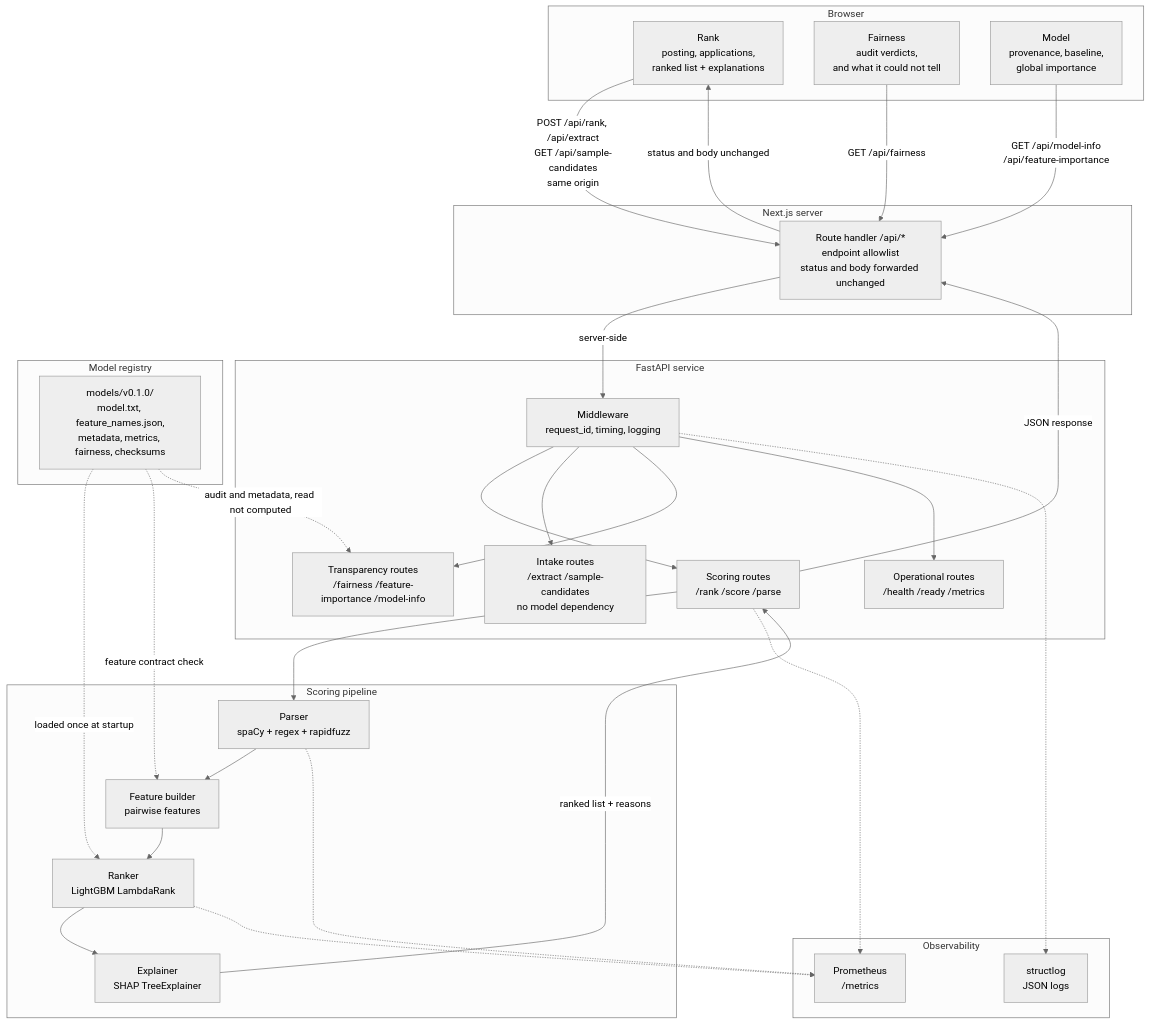
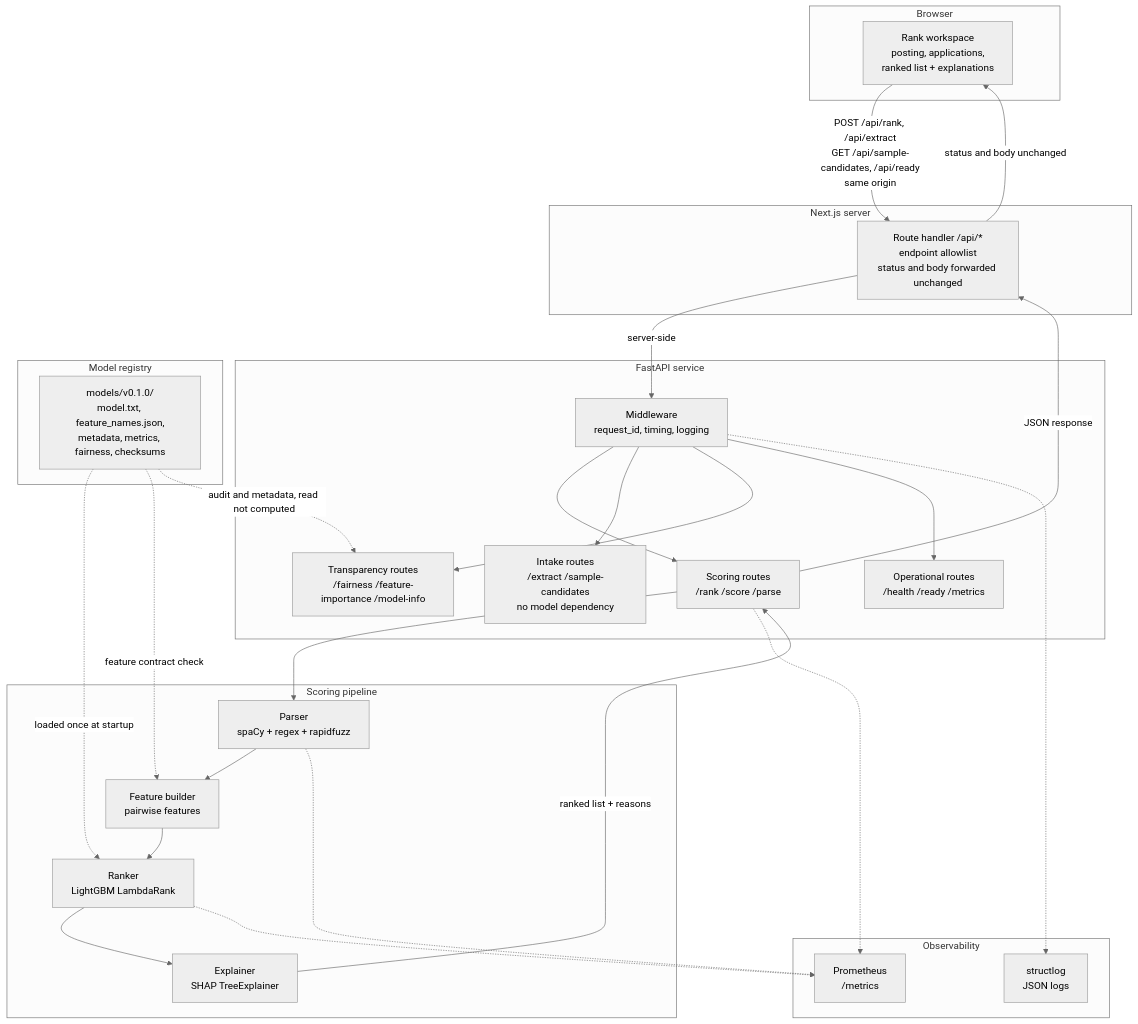
Before and after one commit to Kainatfatima0311/guardmatch-ai: the first of 6 diagrams in docs/architecture.md, drawn with Mermaid (neutral theme). The commit also changed other lines of this file and 17 other files, not shown here.

Commit message:
Remove the Fairness and Model page

````diff
--- a/docs/architecture.md
+++ b/docs/architecture.md
@@ -18,58 +18,54 @@
 ```mermaid
 flowchart TB
     subgraph Browser["Browser"]
-        UI["Rank<br/>posting, applications,<br/>ranked list + explanations"]
-        FAIR["Fairness<br/>audit verdicts,<br/>and what it could not tell"]
-        PROV["Model<br/>provenance, baseline,<br/>global importance"]
+        UI["Rank workspace<br/>posting, applications,<br/>ranked list + explanations"]
     end
 
     subgraph Web["Next.js server"]
         PROXY["Route handler /api/*<br/>endpoint allowlist<br/>status and body forwarded unchanged"]
     end
 
     subgraph API["FastAPI service"]
         MW["Middleware<br/>request_id, timing, logging"]
         RT["Scoring routes<br/>/rank /score /parse"]
         INTK["Intake routes<br/>/extract /sample-candidates<br/>no model dependency"]
         TRAN["Transparency routes<br/>/fairness /feature-importance /model-info"]
         OPS["Operational routes<br/>/health /ready /metrics"]
     end
 
     subgraph Pipeline["Scoring pipeline"]
         PARSE["Parser<br/>spaCy + regex + rapidfuzz"]
         FEAT["Feature builder<br/>pairwise features"]
         RANK["Ranker<br/>LightGBM LambdaRank"]
         EXPL["Explainer<br/>SHAP TreeExplainer"]
     end
 
     subgraph Artifacts["Model registry"]
         REG["models/v0.1.0/<br/>model.txt, feature_names.json,<br/>metadata, metrics, fairness, checksums"]
     end
 
     subgraph Obs["Observability"]
         LOG["structlog<br/>JSON logs"]
         MET["Prometheus<br/>/metrics"]
     end
 
-    UI -->|"POST /api/rank, /api/extract<br/>GET /api/sample-candidates<br/>same origin"| PROXY
-    FAIR -->|"GET /api/fairness"| PROXY
-    PROV -->|"GET /api/model-info<br/>/api/feature-importance"| PROXY
+    UI -->|"POST /api/rank, /api/extract<br/>GET /api/sample-candidates, /api/ready<br/>same origin"| PROXY
     PROXY -->|"server-side"| MW
     MW --> RT
     MW --> INTK
     MW --> TRAN
     MW --> OPS
     RT --> PARSE --> FEAT --> RANK --> EXPL
     EXPL -->|"ranked list + reasons"| RT
     RT -->|"JSON response"| PROXY
     PROXY -->|"status and body unchanged"| UI
 
     REG -.->|"loaded once at startup"| RANK
     REG -.->|"feature contract check"| FEAT
     REG -.->|"audit and metadata, read not computed"| TRAN
 
     MW -.-> LOG
     RT -.-> MET
     PARSE -.-> MET
     RANK -.-> MET
 ```
````
